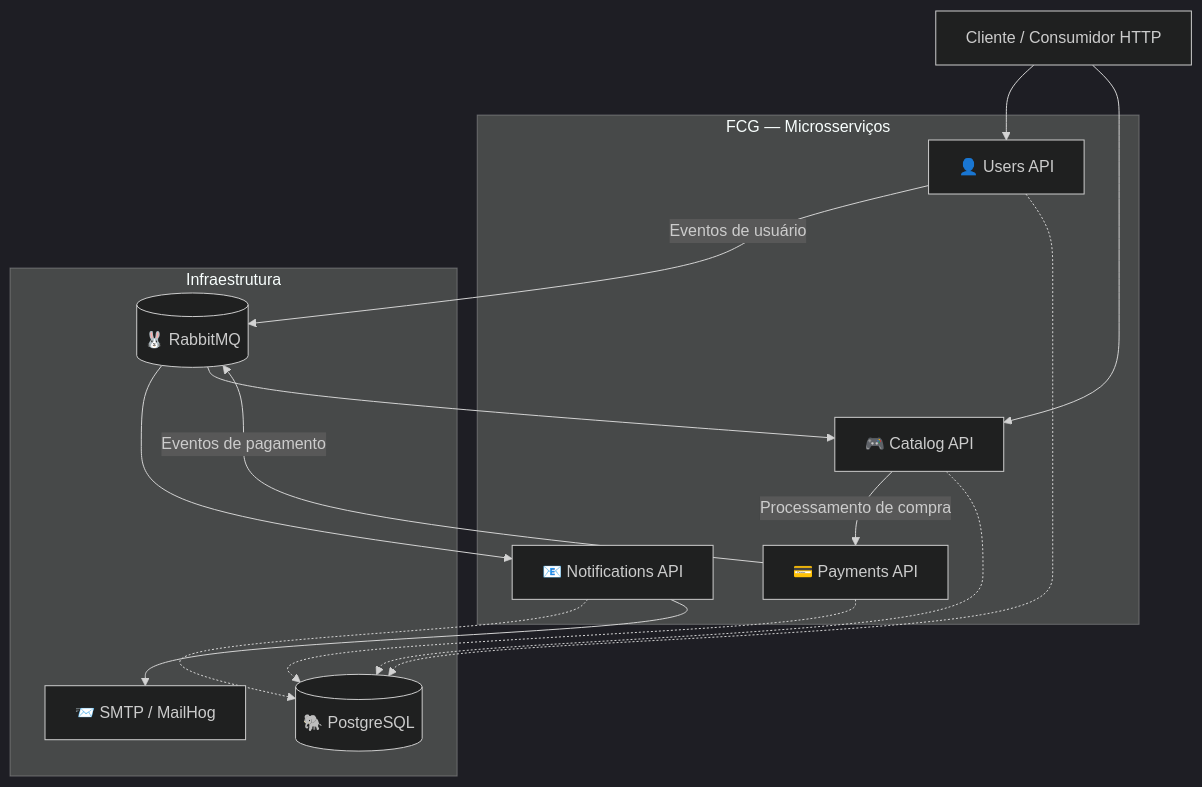
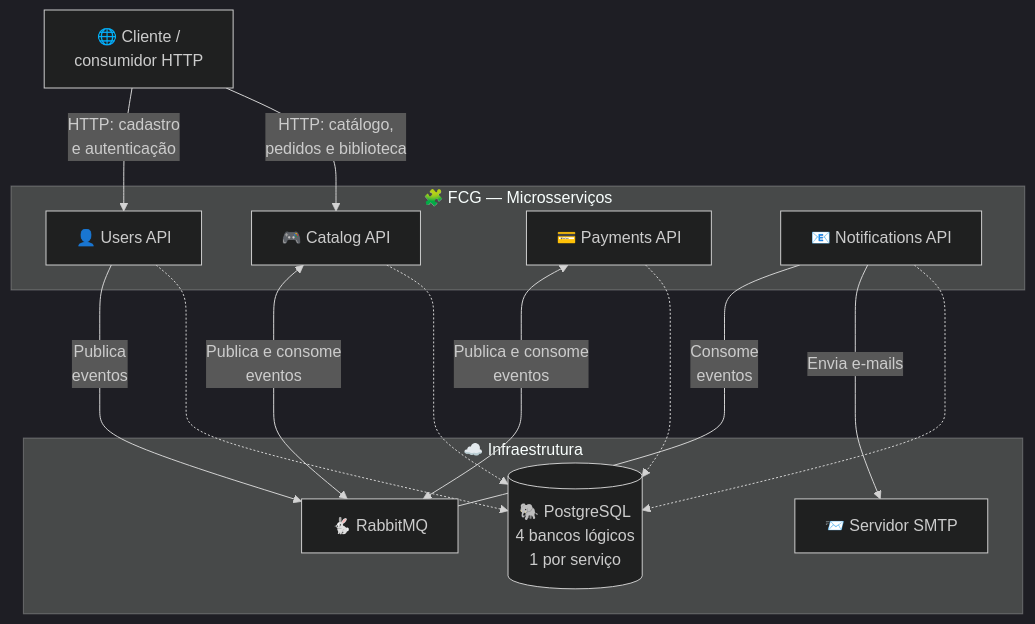
The first of 2 diagrams in profile/README.md (FCG-FIAP-Cloud-Games/.github), drawn with Mermaid (dark theme) before and after one commit. The commit also changed other lines of this file, not shown here.

````diff
--- a/profile/README.md
+++ b/profile/README.md
@@ -45,35 +62,30 @@
 ```mermaid
 flowchart TB
-    Client["Cliente / Consumidor HTTP"]
+    Client["🌐 Cliente /<br/>consumidor HTTP"]
 
-    subgraph Services["FCG — Microsserviços"]
+    subgraph Services["🧩 FCG — Microsserviços"]
         Users["👤 Users API"]
         Catalog["🎮 Catalog API"]
         Payments["💳 Payments API"]
         Notifications["📧 Notifications API"]
     end
 
-    subgraph Infrastructure["Infraestrutura"]
-        RabbitMQ[("🐰 RabbitMQ")]
-        PostgreSQL[("🐘 PostgreSQL")]
-        SMTP["📨 SMTP / MailHog"]
+    subgraph Infrastructure["☁️ Infraestrutura"]
+        Broker["🐇 RabbitMQ"]
+        SMTP["📨 Servidor SMTP"]
+        Database[("🐘 PostgreSQL<br/>4 bancos lógicos<br/>1 por serviço")]
     end
 
-    Client --> Users
-    Client --> Catalog
+    Client -->|"HTTP: cadastro<br/>e autenticação"| Users
+    Client -->|"HTTP: catálogo,<br/>pedidos e biblioteca"| Catalog
+    Users -->|"Publica<br/>eventos"| Broker
+    Catalog <-->|"Publica e consome<br/>eventos"| Broker
+    Payments <-->|"Publica e consome<br/>eventos"| Broker
+    Notifications <---|"Consome<br/>eventos"| Broker
+    Notifications -->|"Envia e-mails"| SMTP
 
-    Catalog -->|"Processamento de compra"| Payments
-
-    Users -->|"Eventos de usuário"| RabbitMQ
-    Payments -->|"Eventos de pagamento"| RabbitMQ
-
-    RabbitMQ --> Notifications
-    RabbitMQ --> Catalog
-
-    Users -.-> PostgreSQL
-    Catalog -.-> PostgreSQL
-    Payments -.-> PostgreSQL
-    Notifications -.-> PostgreSQL
-
-    Notifications --> SMTP
+    Users -.-> Database
+    Catalog -.-> Database
+    Payments -.-> Database
+    Notifications -.-> Database
 ```
````
